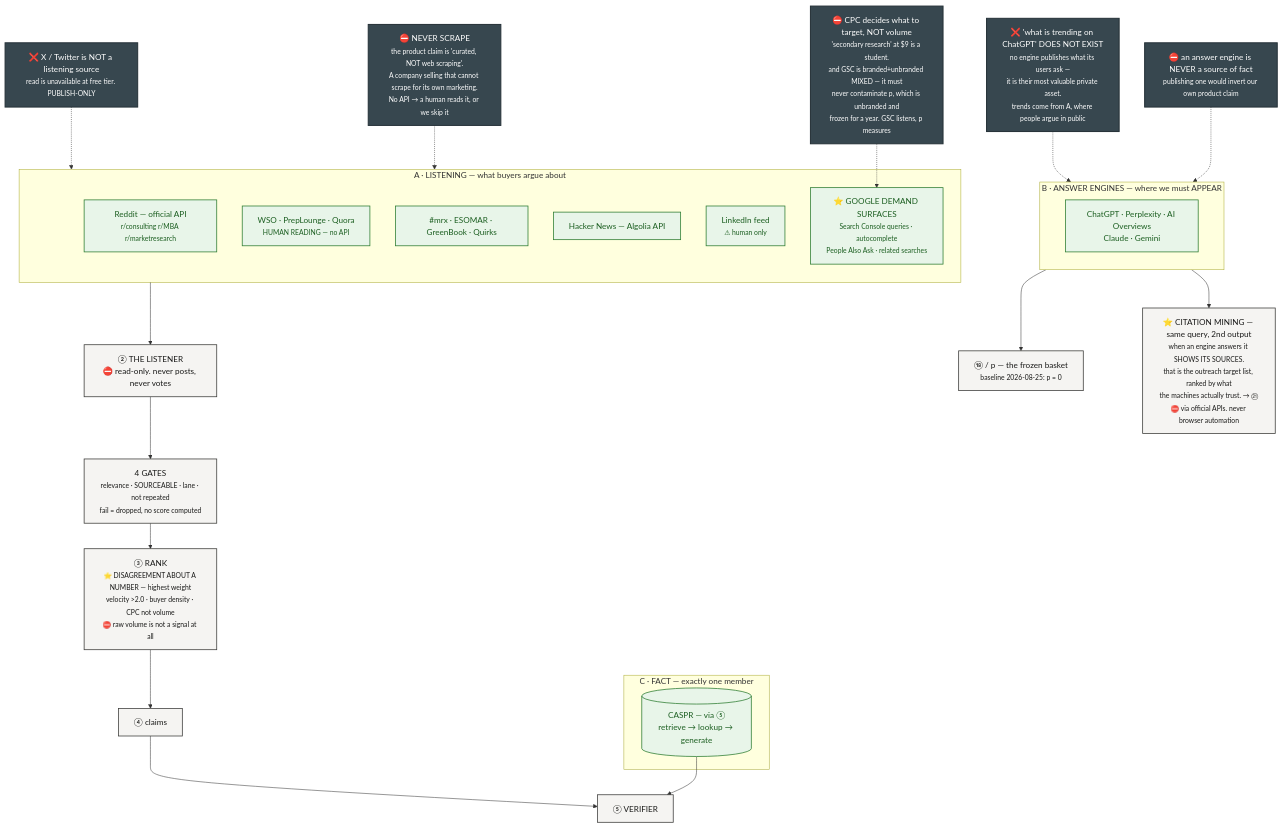
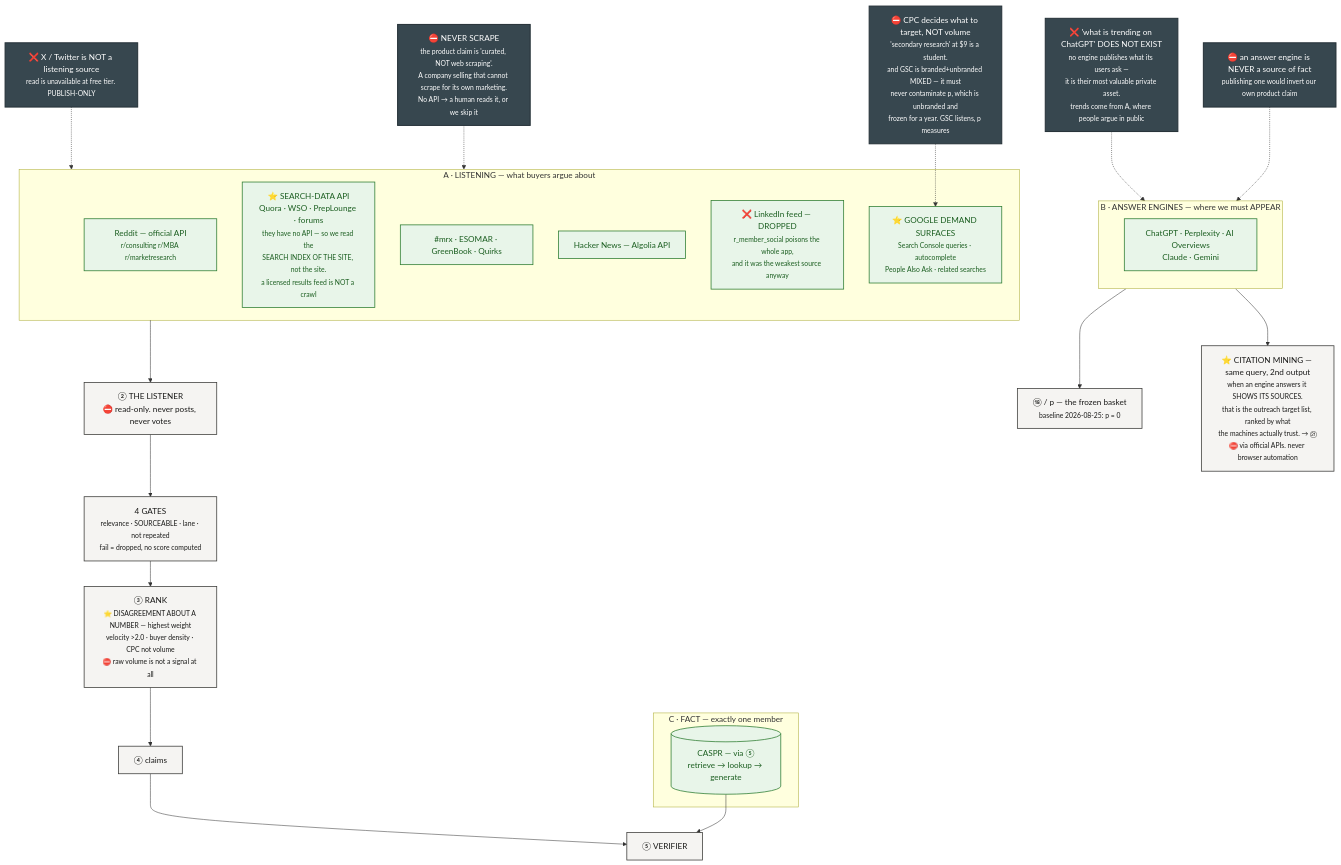
One commit to rathishreya/Caspr changed diagram 16 of 22 in docs/gtm/content-engine-flowchart.md. Above: the diagram before and after it, drawn with Mermaid. The commit also changed other lines of this file and 2 other files, not shown here.

````diff
--- a/docs/gtm/content-engine-flowchart.md
+++ b/docs/gtm/content-engine-flowchart.md
@@ -842,49 +842,49 @@
 ```mermaid
 flowchart TD
     subgraph A["A · LISTENING — what buyers argue about"]
         R1["Reddit — official API<br/><small>r/consulting r/MBA r/marketresearch</small>"]
-        R2["WSO · PrepLounge · Quora<br/><small>HUMAN READING — no API</small>"]
+        R2["⭐ SEARCH-DATA API<br/>Quora · WSO · PrepLounge · forums<br/><small>they have no API — so we read the<br/>SEARCH INDEX OF THE SITE, not the site.<br/>a licensed results feed is NOT a crawl</small>"]
         R3["#mrx · ESOMAR · GreenBook · Quirks"]
         R4["Hacker News — Algolia API"]
-        R5["LinkedIn feed<br/><small>⚠ human only</small>"]
+        R5["❌ LinkedIn feed — DROPPED<br/><small>r_member_social poisons the whole app,<br/>and it was the weakest source anyway</small>"]
         R6["⭐ GOOGLE DEMAND SURFACES<br/><small>Search Console queries · autocomplete<br/>People Also Ask · related searches</small>"]
     end
 
     subgraph B["B · ANSWER ENGINES — where we must APPEAR"]
         P1["ChatGPT · Perplexity · AI Overviews<br/>Claude · Gemini"]
     end
 
     subgraph C["C · FACT — exactly one member"]
         C1[("CASPR — via ⑤<br/>retrieve → lookup → generate")]
     end
 
     A --> L["② THE LISTENER<br/>⛔ read-only. never posts, never votes"]
     L --> G["4 GATES<br/><small>relevance · SOURCEABLE · lane · not repeated<br/>fail = dropped, no score computed</small>"]
     G --> T["③ RANK<br/><small>⭐ DISAGREEMENT ABOUT A NUMBER — highest weight<br/>velocity >2.0 · buyer density · CPC not volume<br/>⛔ raw volume is not a signal at all</small>"]
     T --> CL["④ claims"] --> V["⑤ VERIFIER"]
     C1 --> V
 
     B --> PM["⑱ / p — the frozen basket<br/><small>baseline 2026-08-25: p = 0</small>"]
     B --> CITE["⭐ CITATION MINING — same query, 2nd output<br/><small>when an engine answers it SHOWS ITS SOURCES.<br/>that is the outreach target list, ranked by what<br/>the machines actually trust. → ㉑<br/>⛔ via official APIs. never browser automation</small>"]
     NOTREND["❌ 'what is trending on ChatGPT' DOES NOT EXIST<br/><small>no engine publishes what its users ask —<br/>it is their most valuable private asset.<br/>trends come from A, where people argue in public</small>"]
     NOTREND -.-> B
 
     XX["❌ X / Twitter is NOT a listening source<br/><small>read is unavailable at free tier. PUBLISH-ONLY</small>"]
     NOSCRAPE["⛔ NEVER SCRAPE<br/><small>the product claim is 'curated, NOT web scraping'.<br/>A company selling that cannot scrape for its own marketing.<br/>No API → a human reads it, or we skip it</small>"]
     BAD["⛔ an answer engine is NEVER a source of fact<br/><small>publishing one would invert our own product claim</small>"]
     CPC["⛔ CPC decides what to target, NOT volume<br/><small>'secondary research' at $9 is a student.<br/>and GSC is branded+unbranded MIXED — it must<br/>never contaminate p, which is unbranded and<br/>frozen for a year. GSC listens, p measures</small>"]
     CPC -.-> R6
 
     XX -.-> A
     NOSCRAPE -.-> A
     BAD -.-> B
 
     classDef src fill:#e8f5e9,stroke:#2e7d32,stroke-width:1.5px,color:#1b5e20
     classDef mach fill:#f5f4f2,stroke:#3c3c3a,stroke-width:1.5px,color:#1a1a19
     classDef stop fill:#37474f,stroke:#263238,stroke-width:2px,color:#ffffff
     classDef warn fill:#fff8e1,stroke:#f9a825,stroke-width:2px,color:#7f5f00
     class R1,R2,R3,R4,R5,R6,P1,C1 src
     class G,T mach
     class L,T,CL,V,PM,CITE mach
     class XX,NOSCRAPE,BAD,CPC,NOTREND stop
 ```
````
